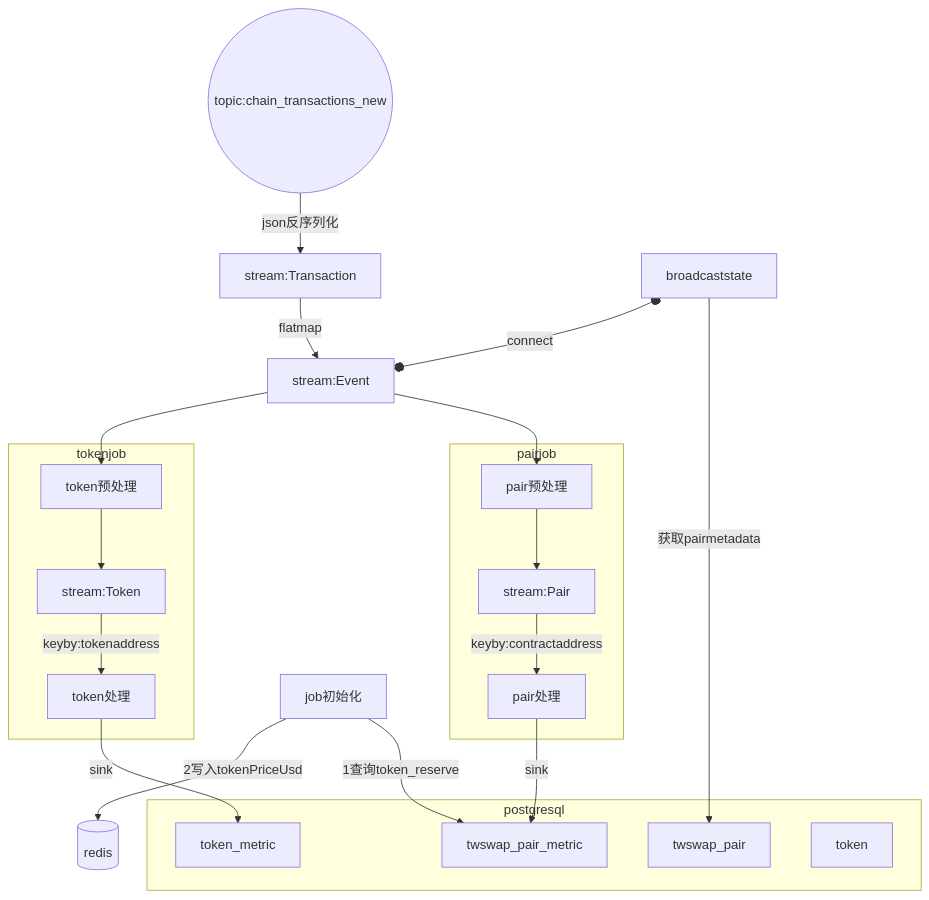
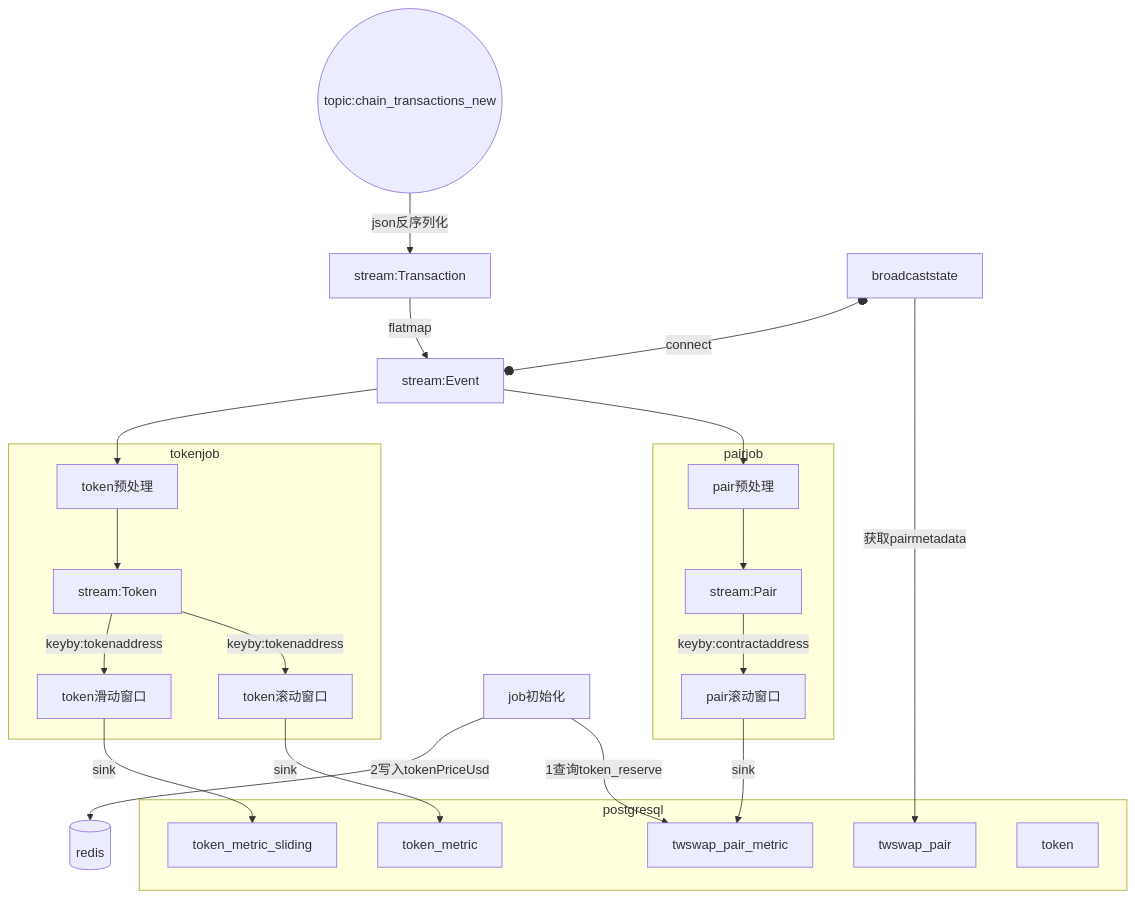
The first of 2 diagrams in design/aggregator.md (sjtutwilight/Twilight), drawn with Mermaid before and after one commit. The commit also changed other lines of this file and 130 other files, not shown here.

````diff
--- a/design/aggregator.md
+++ b/design/aggregator.md
@@ -7,35 +7,39 @@
 ```mermaid
 flowchart TD
 	job初始化--1查询token_reserve-->twswap_pair_metric
 	job初始化--2写入tokenPriceUsd-->redis
  kafka((topic:chain_transactions_new))--json反序列化-->stream:Transaction
  stream:Transaction--flatmap -->stream:Event
  broadcaststate--获取pairmetadata-->twswap_pair
 
  broadcaststate o--connect--o stream:Event
   stream:Event -->pair预处理 --> stream:Pair
 	stream:Event -->token预处理 -->stream:Token
-	stream:Pair --keyby:contractaddress--> pair处理
-	stream:Token --keyby:tokenaddress-->token处理
-	 pair处理 --sink--> twswap_pair_metric
-	token处理 --sink-->token_metric
+	stream:Pair --keyby:contractaddress--> pair滚动窗口
+	stream:Token --keyby:tokenaddress-->token滚动窗口
+  stream:Token --keyby:tokenaddress-->token滑动窗口
+	pair滚动窗口 --sink--> twswap_pair_metric
+	token滚动窗口 --sink-->token_metric
+  token滑动窗口 --sink-->token_metric_sliding
 	 
 redis[(redis)]
  subgraph pairjob
  pair预处理
  stream:Pair
- pair处理
+ pair滚动窗口
     end
  subgraph tokenjob
     token预处理
     stream:Token
-    token处理
+    token滚动窗口
+    token滑动窗口
     end
 subgraph postgresql
 token
 token_metric
+token_metric_sliding
 twswap_pair
 twswap_pair_metric
     end
 
 ```
````
